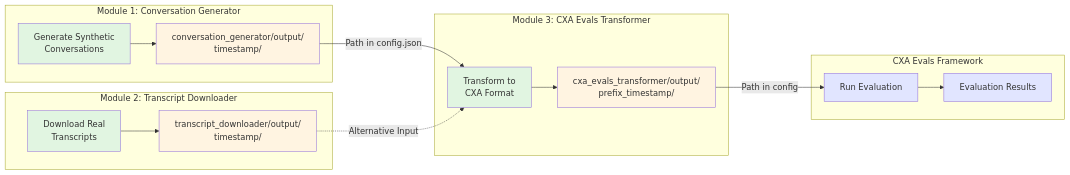
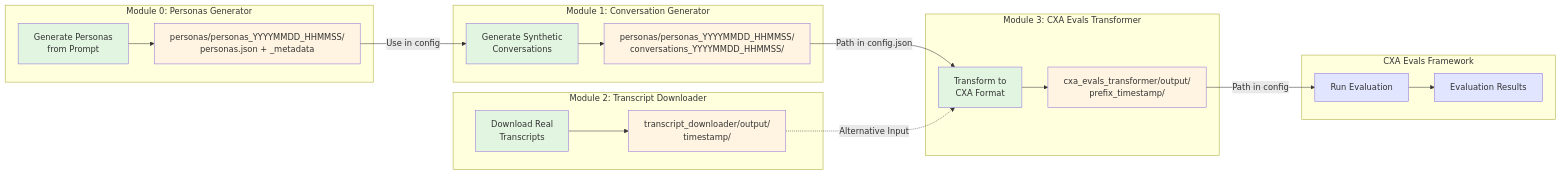
Before and after one commit to taponidhi-ms/simulation-agent-evals: the diagram in README.md, drawn with Mermaid. The commit also changed other lines of this file and 9 other files, not shown here.

First line of the commit message:
Embed persona metadata in personas.json and restructure conversation output (#28)

````diff
--- a/README.md
+++ b/README.md
@@ -7,31 +7,38 @@
 ```mermaid
 flowchart LR
+    subgraph Module0[Module 0: Personas Generator]
+        PA[Generate Personas<br/>from Prompt] --> PB[personas/personas_YYYYMMDD_HHMMSS/<br/>personas.json + _metadata]
+    end
+    
     subgraph Module1[Module 1: Conversation Generator]
-        A[Generate Synthetic<br/>Conversations] --> B[conversation_generator/output/<br/>timestamp/]
+        A[Generate Synthetic<br/>Conversations] --> B[personas/personas_YYYYMMDD_HHMMSS/<br/>conversations_YYYYMMDD_HHMMSS/]
     end
     
     subgraph Module2[Module 2: Transcript Downloader]
         C[Download Real<br/>Transcripts] --> D[transcript_downloader/output/<br/>timestamp/]
     end
     
     subgraph Module3[Module 3: CXA Evals Transformer]
         E[Transform to<br/>CXA Format] --> F[cxa_evals_transformer/output/<br/>prefix_timestamp/]
     end
     
     subgraph External[CXA Evals Framework]
         G[Run Evaluation] --> H[Evaluation Results]
     end
     
+    PB -->|Use in config| A
     B -->|Path in config.json| E
     D -.->|Alternative Input| E
     F -->|Path in config| G
     
+    style PA fill:#e1f5e1
     style A fill:#e1f5e1
     style C fill:#e1f5e1
     style E fill:#e1f5e1
     style G fill:#e1e5ff
+    style PB fill:#fff4e1
     style B fill:#fff4e1
     style D fill:#fff4e1
     style F fill:#fff4e1
     style H fill:#e1e5ff
 ```
````
